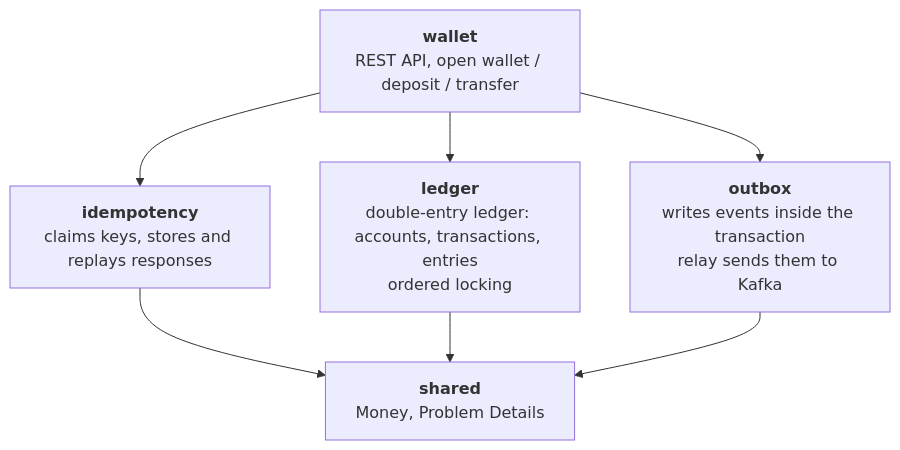
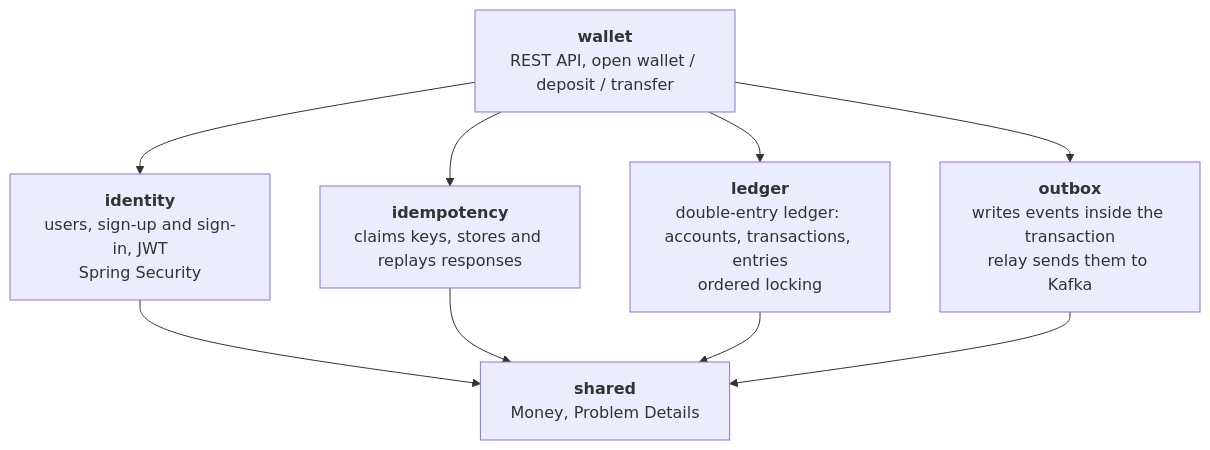
One commit to HoangThanhMan/ledgerly changed the second of 3 diagrams in README.md. Above: the diagram before and after it, drawn with Mermaid. The commit also changed other lines of this file and 75 other files, not shown here.

````diff
--- a/README.md
+++ b/README.md
@@ -74,15 +75,18 @@
 ```mermaid
 flowchart TB
     wallet["<b>wallet</b><br/>REST API, open wallet / deposit / transfer"]
+    identity["<b>identity</b><br/>users, sign-up and sign-in, JWT<br/>Spring Security"]
     idem["<b>idempotency</b><br/>claims keys, stores and replays responses"]
     ledger["<b>ledger</b><br/>double-entry ledger: accounts, transactions, entries<br/>ordered locking"]
     outbox["<b>outbox</b><br/>writes events inside the transaction<br/>relay sends them to Kafka"]
     shared["<b>shared</b><br/>Money, Problem Details"]
 
+    wallet --> identity
     wallet --> idem
     wallet --> ledger
     wallet --> outbox
+    identity --> shared
     idem --> shared
     ledger --> shared
     outbox --> shared
 ```
````
